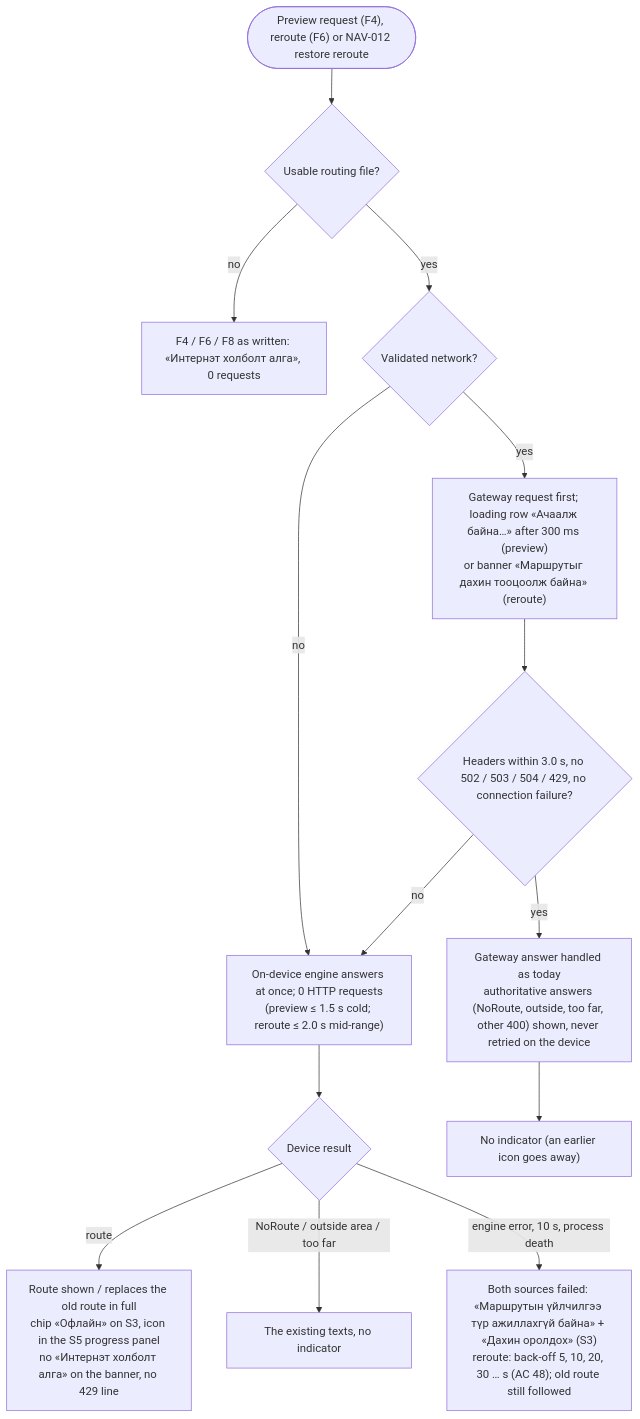
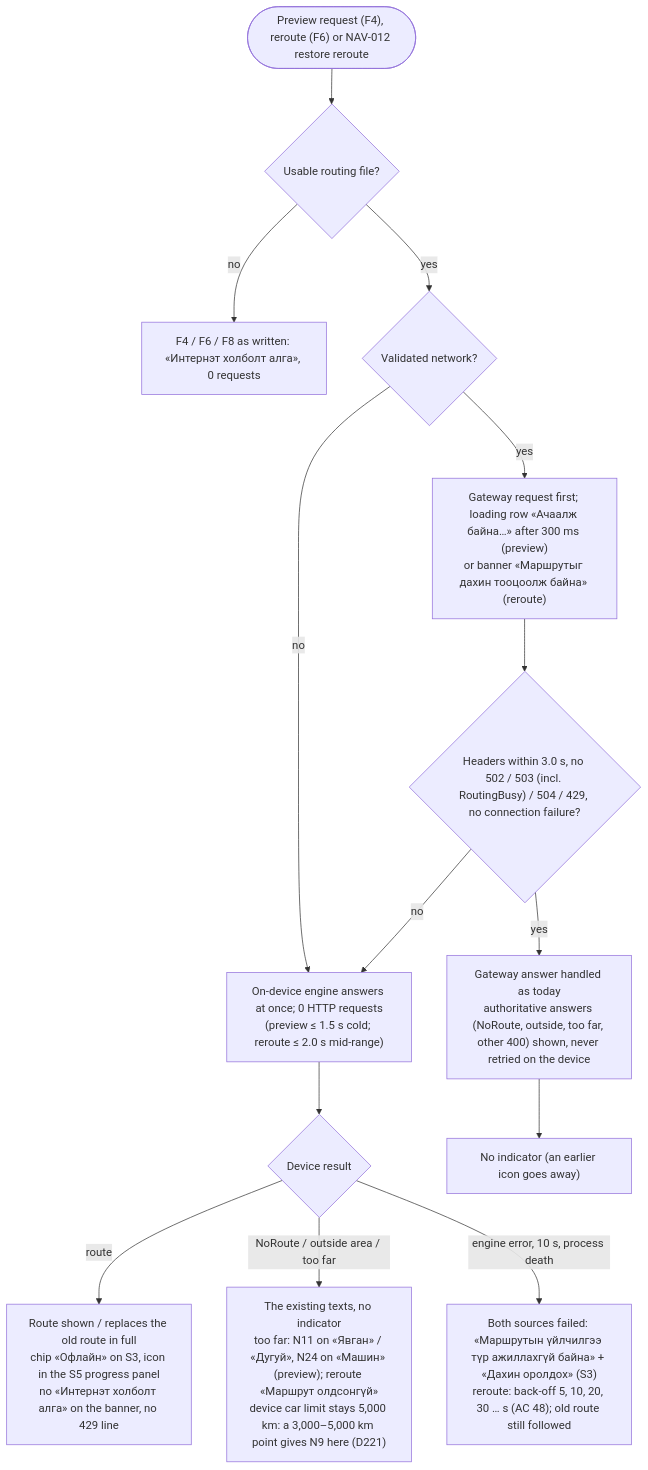
Before and after one commit to Uranbold/test.github.io: diagram 15 of 16 in docs/design/flows/NAV-005-android-navigation.md, drawn with Mermaid. The commit also changed other lines of this file and 85 other files, not shown here.

````diff
--- a/docs/design/flows/NAV-005-android-navigation.md
+++ b/docs/design/flows/NAV-005-android-navigation.md
@@ -297,16 +300,16 @@
 ```mermaid
 flowchart TD
     Q(["Preview request (F4), reroute (F6) or NAV-012 restore reroute"]) --> U{"Usable routing file?"}
     U -- no --> OLD["F4 / F6 / F8 as written: «Интернэт холболт алга», 0 requests"]
     U -- yes --> N{"Validated network?"}
     N -- no --> DEV["On-device engine answers at once; 0 HTTP requests<br/>(preview ≤ 1.5 s cold; reroute ≤ 2.0 s mid-range)"]
     N -- yes --> ON["Gateway request first; loading row «Ачаалж байна…» after 300 ms (preview)<br/>or banner «Маршрутыг дахин тооцоолж байна» (reroute)"]
-    ON --> H{"Headers within 3.0 s, no 502 / 503 / 504 / 429, no connection failure?"}
+    ON --> H{"Headers within 3.0 s, no 502 / 503 (incl. RoutingBusy) / 504 / 429, no connection failure?"}
     H -- yes --> GW["Gateway answer handled as today<br/>authoritative answers (NoRoute, outside, too far, other 400) shown, never retried on the device"]
     H -- no --> DEV
     DEV --> R{"Device result"}
     R -- "route" --> RT["Route shown / replaces the old route in full<br/>chip «Офлайн» on S3, icon in the S5 progress panel<br/>no «Интернэт холболт алга» on the banner, no 429 line"]
-    R -- "NoRoute / outside area / too far" --> AUT["The existing texts, no indicator"]
+    R -- "NoRoute / outside area / too far" --> AUT["The existing texts, no indicator<br/>too far: N11 on «Явган» / «Дугуй», N24 on «Машин» (preview); reroute «Маршрут олдсонгүй»<br/>device car limit stays 5,000 km: a 3,000–5,000 km point gives N9 here (D221)"]
     R -- "engine error, 10 s, process death" --> BOTH["Both sources failed: «Маршрутын үйлчилгээ түр ажиллахгүй байна» + «Дахин оролдох» (S3)<br/>reroute: back-off 5, 10, 20, 30 … s (AC 48); old route still followed"]
     GW --> NI["No indicator (an earlier icon goes away)"]
 ```
````
